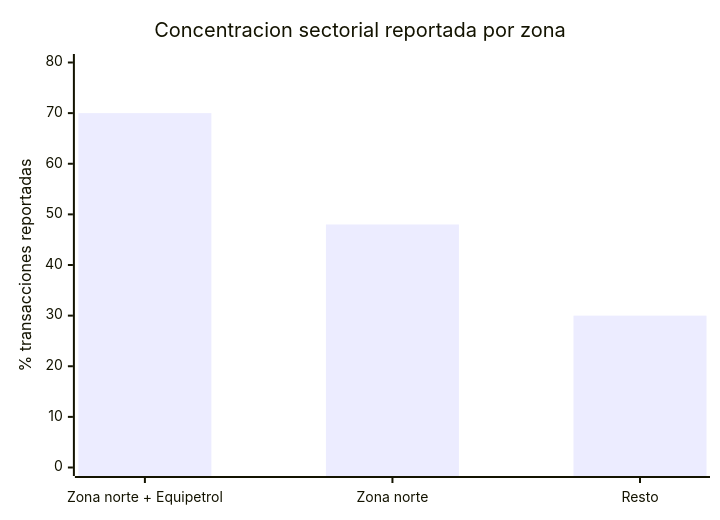
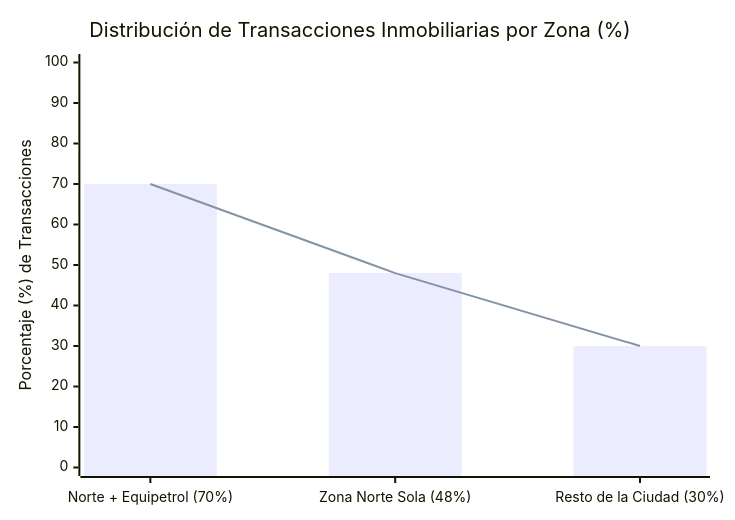
Before and after one commit to mita-build-with-ai-2026/.github: the seventh of 7 diagrams in Mita_estadisticas_mercado_inferidas.md, drawn with Mermaid. The commit also changed other lines of this file and 35 other files, not shown here.

````diff
--- a/Mita_estadisticas_mercado_inferidas.md
+++ b/Mita_estadisticas_mercado_inferidas.md
@@ -602,7 +668,8 @@
 ```mermaid
 xychart-beta
-  title "Concentracion sectorial reportada por zona"
-  x-axis ["Zona norte + Equipetrol", "Zona norte", "Resto"]
-  y-axis "% transacciones reportadas" 0 --> 80
+  title "Distribución de Transacciones Inmobiliarias por Zona (%)"
+  x-axis ["Norte + Equipetrol (70%)", "Zona Norte Sola (48%)", "Resto de la Ciudad (30%)"]
+  y-axis "Porcentaje (%) de Transacciones" 0 --> 100
   bar [70, 48, 30]
+  line [70, 48, 30]
 ```
````
